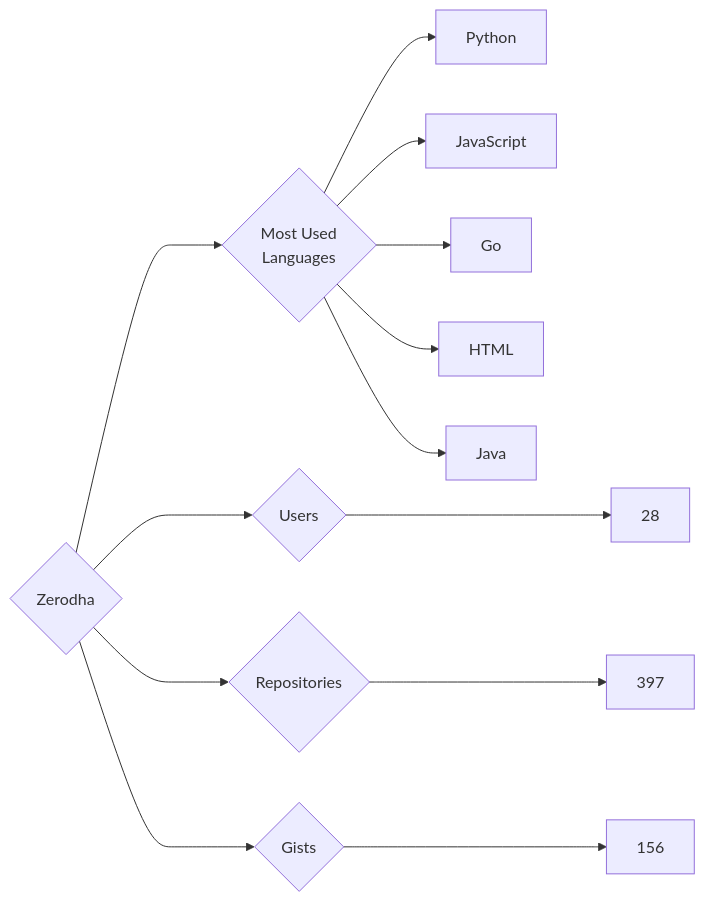
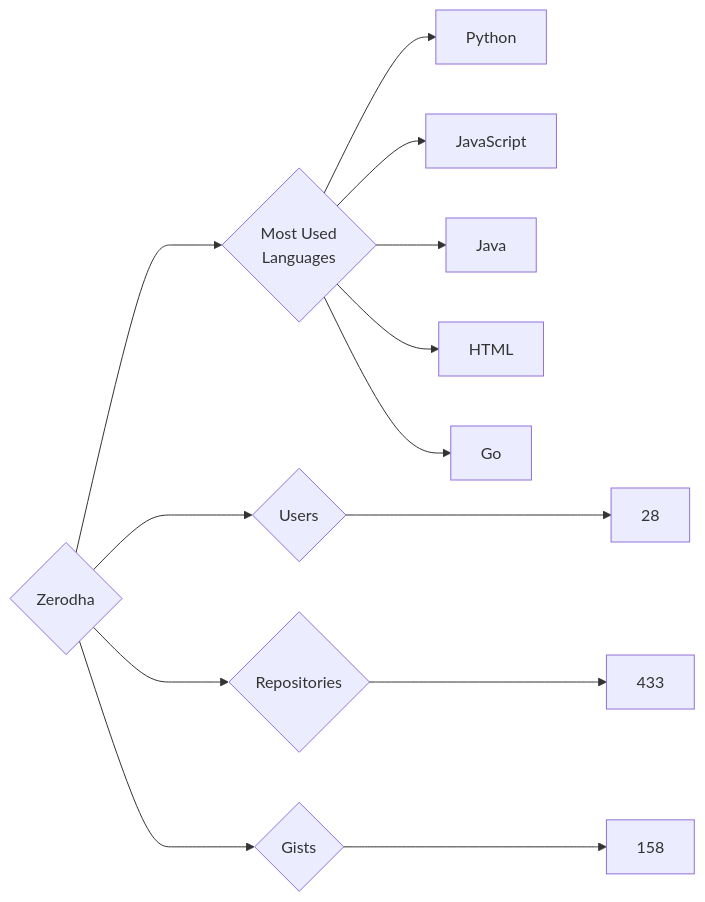
Before and after one commit to trickest/insiders: the diagram in targets/Zerodha/README.md, drawn with Mermaid. The commit also changed 912 other files, not shown here.

````diff
--- a/targets/Zerodha/README.md
+++ b/targets/Zerodha/README.md
@@ -3,13 +3,13 @@
 ```mermaid
 graph LR
 COMPANY_NAME{Zerodha}
 COMPANY_NAME ---> U{Users} ---> UN[28]
-COMPANY_NAME ---> R{Repositories} ---> RN[397]
-COMPANY_NAME ---> G{Gists} ---> GN[156]
+COMPANY_NAME ---> R{Repositories} ---> RN[433]
+COMPANY_NAME ---> G{Gists} ---> GN[158]
 COMPANY_NAME ---> ML{Most Used<br>Languages}
 ML --> Python[Python]
 ML --> JavaScript[JavaScript]
+ML --> Java[Java]
+ML --> HTML[HTML]
 ML --> Go[Go]
-ML --> HTML[HTML]
-ML --> Java[Java]
 ```
````
